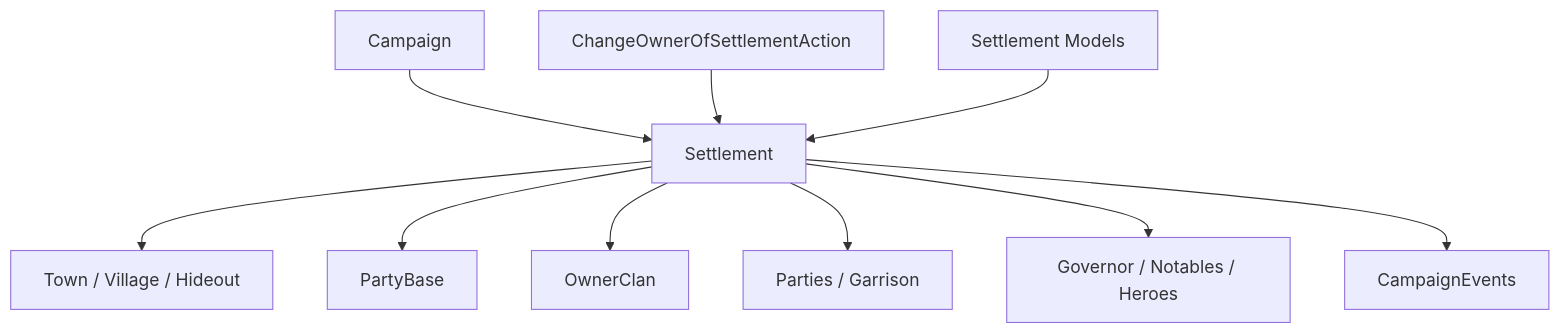
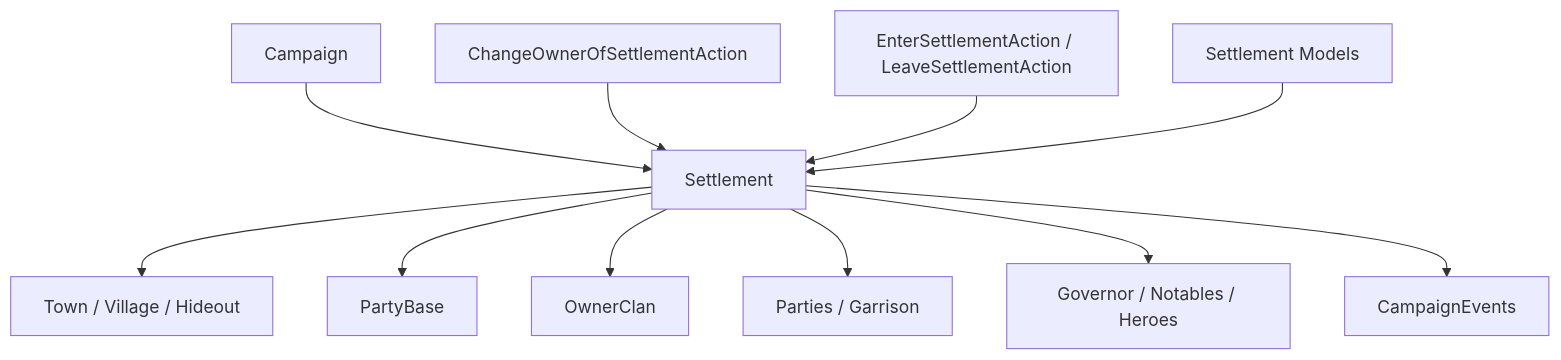
Before and after one commit to BannerlordCode/BannerlordCode.github.io: the diagram in content/v1.4.5/zh/api/campaign/Settlement.md, drawn with Mermaid. The commit also changed other lines of this file and 12 other files, not shown here.

````diff
--- a/content/v1.4.5/zh/api/campaign/Settlement.md
+++ b/content/v1.4.5/zh/api/campaign/Settlement.md
@@ -42,12 +49,13 @@
 ```mermaid
 graph TD
     CAM[Campaign] --> SET[Settlement]
     SET --> COMP[Town / Village / Hideout]
-    SET --> BASE[PartyBase]
+    SET --> PB[PartyBase]
     SET --> CLAN[OwnerClan]
     SET --> PARTY[Parties / Garrison]
     SET --> HERO[Governor / Notables / Heroes]
     ACT[ChangeOwnerOfSettlementAction] --> SET
+    ENS[EnterSettlementAction / LeaveSettlementAction] --> SET
     MODEL[Settlement Models] --> SET
     SET --> EVT[CampaignEvents]
 ```
````
